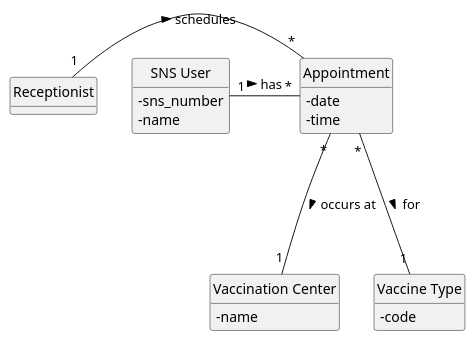
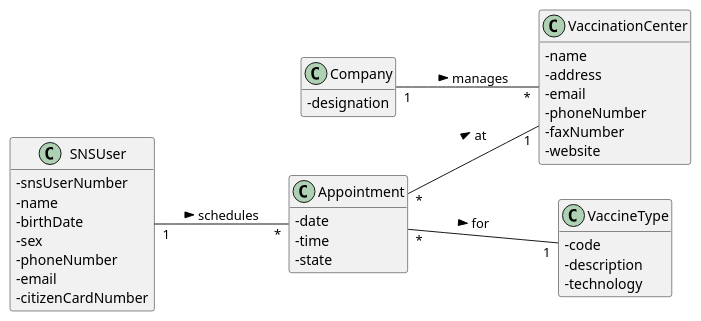
Before and after one commit to afonso51111/leti-esoft-25-26-A33: the diagram in project-template/docs/sprint 4/US21/puml/US21-MD.puml, drawn with PlantUML. The commit also changed 201 other files, not shown here.

```diff
--- a/project-template/docs/sprint 4/US21/puml/US21-MD.puml
+++ b/project-template/docs/sprint 4/US21/puml/US21-MD.puml
@@ -1,32 +1,47 @@
 @startuml
-hide circle
 hide methods
+left to right direction
 skinparam classAttributeIconSize 0
 
-class "Receptionist" {
+class Company {
+  - designation
 }
 
-class "SNS User" {
-  - sns_number
+class SNSUser {
+  - snsUserNumber
   - name
+  - birthDate
+  - sex
+  - phoneNumber
+  - email
+  - citizenCardNumber
 }
 
-class "Vaccination Center" {
+class VaccinationCenter {
   - name
+  - address
+  - email
+  - phoneNumber
+  - faxNumber
+  - website
 }
 
-class "Appointment" {
+class VaccineType {
+  - code
+  - description
+  - technology
+}
+
+class Appointment {
   - date
   - time
+  - state
 }
 
-class "Vaccine Type" {
-  - code
-}
-
-"Receptionist" "1" -right-- "*" Appointment : schedules >
-"SNS User" "1" -right-- "*" Appointment : has >
-Appointment "*" -down-- "1" "Vaccination Center" : occurs at >
-Appointment "*" -down-- "1" "Vaccine Type" : for >
+' Relações
+Company "1" -- "*" VaccinationCenter : manages >
+SNSUser "1" -- "*" Appointment : schedules >
+Appointment "*" -- "1" VaccinationCenter : at >
+Appointment "*" -- "1" VaccineType : for >
 
 @enduml
```
